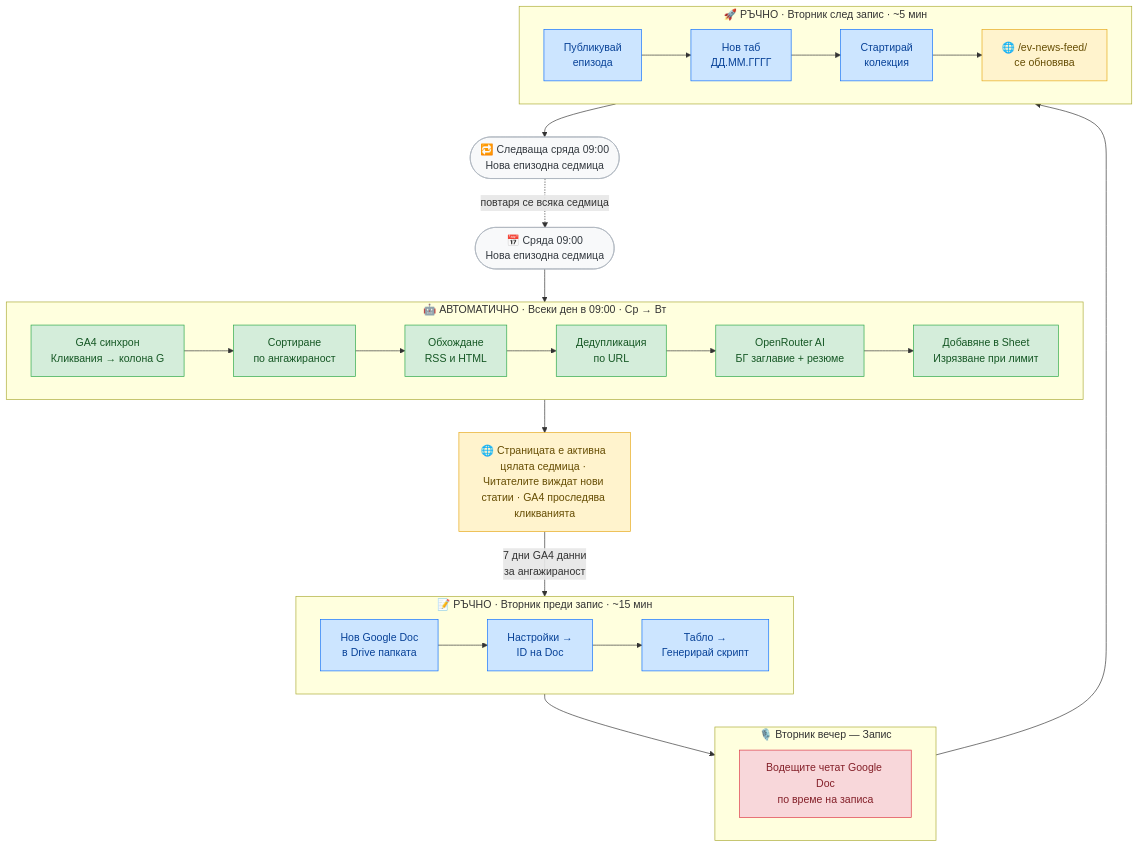
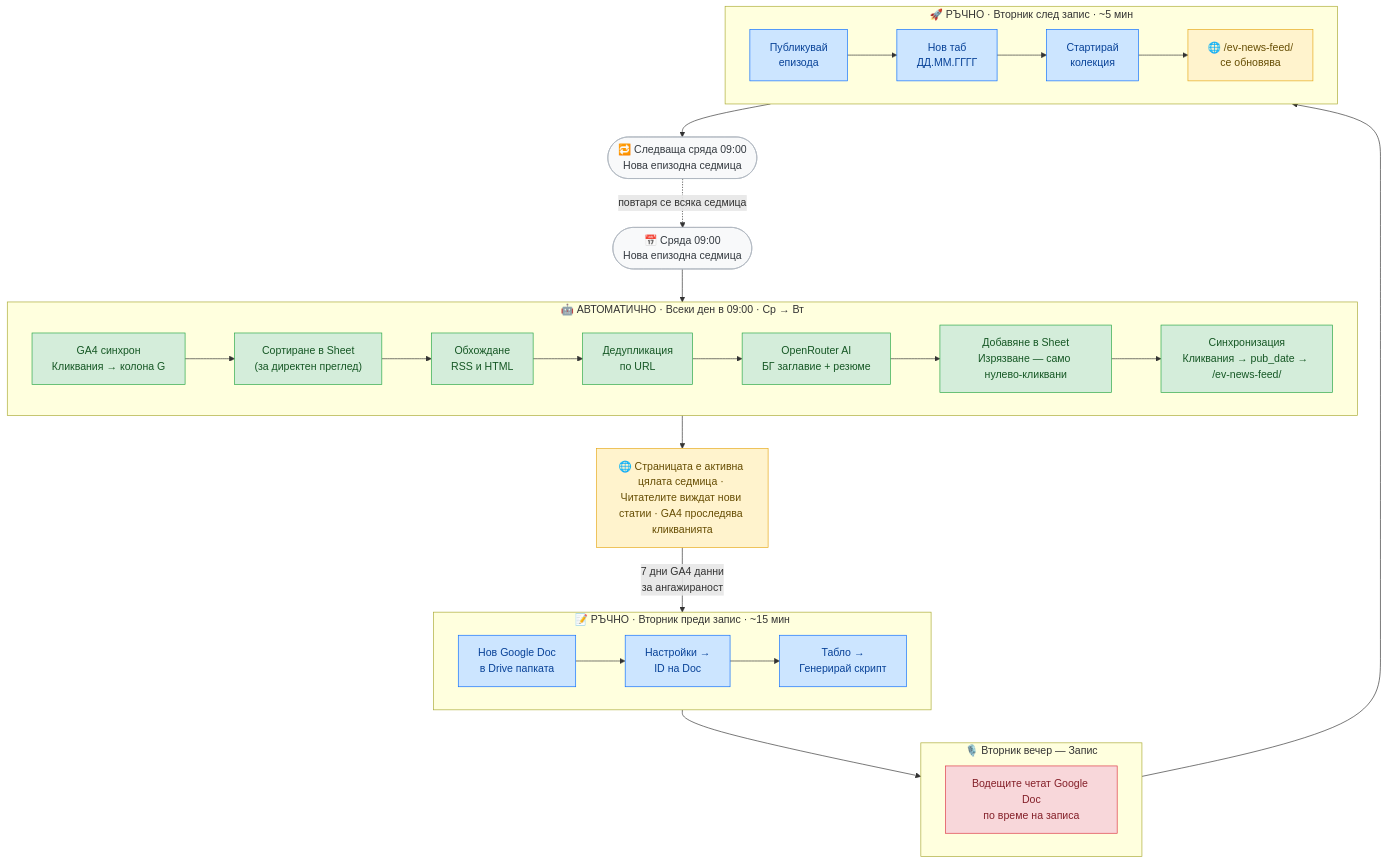
One commit to trepechov/carlifebydani changed the diagram in plugins/ev-news-automator/docs/EPISODE_WORKFLOW.md. Above: the diagram before and after it, drawn with Mermaid. The commit also changed other lines of this file and 5 other files, not shown here.

````diff
--- a/plugins/ev-news-automator/docs/EPISODE_WORKFLOW.md
+++ b/plugins/ev-news-automator/docs/EPISODE_WORKFLOW.md
@@ -21,55 +21,56 @@
 ```mermaid
 flowchart TD
     classDef auto   fill:#d4edda,stroke:#28a745,color:#155724
     classDef manual fill:#cce5ff,stroke:#0d6efd,color:#084298
     classDef record fill:#f8d7da,stroke:#dc3545,color:#842029
     classDef live   fill:#fff3cd,stroke:#e6a817,color:#664d03
     classDef phase  fill:#f8f9fa,stroke:#adb5bd,color:#343a40
 
     START(["📅 Сряда 09:00\nНова епизодна седмица"]):::phase
 
     subgraph DAILY ["🤖  АВТОМАТИЧНО · Всеки ден в 09:00 · Ср → Вт"]
         direction LR
         D1["GA4 синхрон\nКликвания → колона G"]:::auto
-        D2["Сортиране\nпо ангажираност"]:::auto
+        D2["Сортиране в Sheet\n(за директен преглед)"]:::auto
         D3["Обхождане\nRSS и HTML"]:::auto
         D4["Дедупликация\nпо URL"]:::auto
         D5["OpenRouter AI\nБГ заглавие + резюме"]:::auto
-        D6["Добавяне в Sheet\nИзрязване при лимит"]:::auto
-        D1 --> D2 --> D3 --> D4 --> D5 --> D6
+        D6["Добавяне в Sheet\nИзрязване — само нулево-кликвани"]:::auto
+        D7["Синхронизация\nКликвания → pub_date → /ev-news-feed/"]:::auto
+        D1 --> D2 --> D3 --> D4 --> D5 --> D6 --> D7
     end
 
     LIVE["🌐 Страницата е активна цялата седмица · Читателите виждат нови статии · GA4 проследява кликванията"]:::live
 
     subgraph BEFORE ["📝  РЪЧНО · Вторник преди запис · ~15 мин"]
         direction LR
         B1["Нов Google Doc\nв Drive папката"]:::manual
         B2["Настройки →\nID на Doc"]:::manual
         B3["Табло →\nГенерирай скрипт"]:::manual
         B1 --> B2 --> B3
     end
 
     subgraph REC ["🎙️  Вторник вечер — Запис"]
         direction LR
         R1["Водещите четат Google Doc\nпо време на записа"]:::record
     end
 
     subgraph AFTER ["🚀  РЪЧНО · Вторник след запис · ~5 мин"]
         direction LR
         A1["Публикувай\nепизода"]:::manual
         A2["Нов таб\nДД.ММ.ГГГГ"]:::manual
         A3["Стартирай\nколекция"]:::manual
         A4["🌐 /ev-news-feed/\nсе обновява"]:::live
         A1 --> A2 --> A3 --> A4
     end
 
     NEXT(["🔁 Следваща сряда 09:00\nНова епизодна седмица"]):::phase
 
     START   --> DAILY
     DAILY   --> LIVE
     LIVE    -->|"7 дни GA4 данни\nза ангажираност"| BEFORE
     BEFORE  --> REC
     REC     --> AFTER
     AFTER   --> NEXT
     NEXT   -.->|"повтаря се всяка седмица"| START
 ```
````
